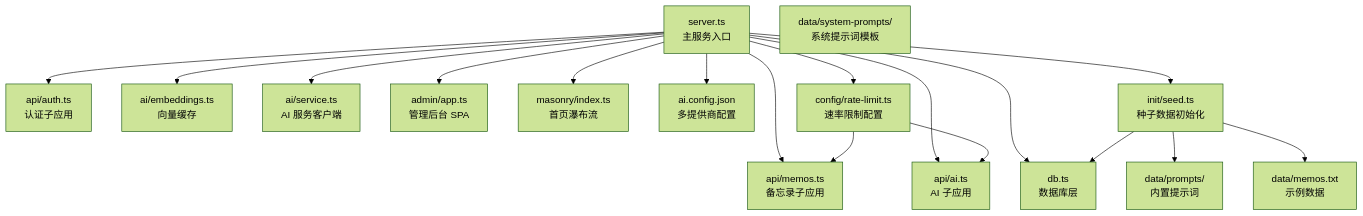
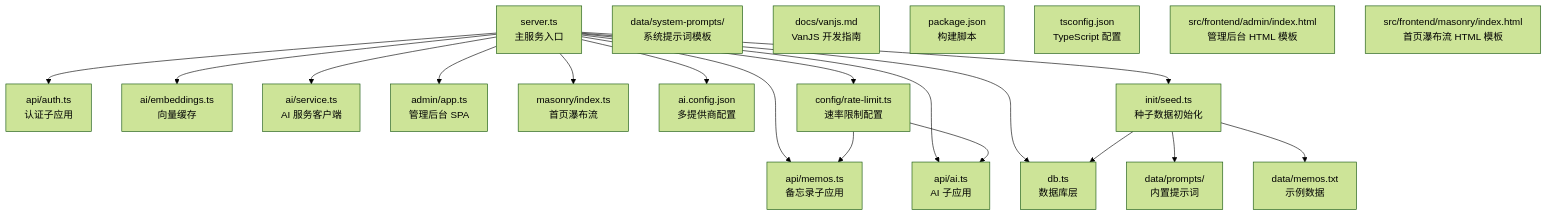
Before and after one commit to BlackBoxRecorder/memos: the first of 13 diagrams in .qoder/repowiki/zh/content/开发指南/开发指南.md, drawn with Mermaid (forest theme). The commit also changed other lines of this file and 10 other files, not shown here.

````diff
--- a/.qoder/repowiki/zh/content/开发指南/开发指南.md
+++ b/.qoder/repowiki/zh/content/开发指南/开发指南.md
@@ -58,22 +50,27 @@
 ```mermaid
 graph TB
 A["server.ts<br/>主服务入口"] --> B["api/auth.ts<br/>认证子应用"]
 A --> C["api/memos.ts<br/>备忘录子应用"]
 A --> D["api/ai.ts<br/>AI 子应用"]
 A --> E["db.ts<br/>数据库层"]
 A --> F["ai/embeddings.ts<br/>向量缓存"]
 A --> G["ai/service.ts<br/>AI 服务客户端"]
 A --> H["admin/app.ts<br/>管理后台 SPA"]
 A --> I["masonry/index.ts<br/>首页瀑布流"]
 A --> J["ai.config.json<br/>多提供商配置"]
 A --> K["config/rate-limit.ts<br/>速率限制配置"]
 A --> L["init/seed.ts<br/>种子数据初始化"]
 M["data/memos.txt<br/>示例数据"]
 N["data/prompts/<br/>内置提示词"]
 O["data/system-prompts/<br/>系统提示词模板"]
+P["docs/vanjs.md<br/>VanJS 开发指南"]
+Q["package.json<br/>构建脚本"]
+R["tsconfig.json<br/>TypeScript 配置"]
+S["src/frontend/admin/index.html<br/>管理后台 HTML 模板"]
+T["src/frontend/masonry/index.html<br/>首页瀑布流 HTML 模板"]
 K --> C
 K --> D
 L --> E
 L --> N
 L --> M
 ```
````
